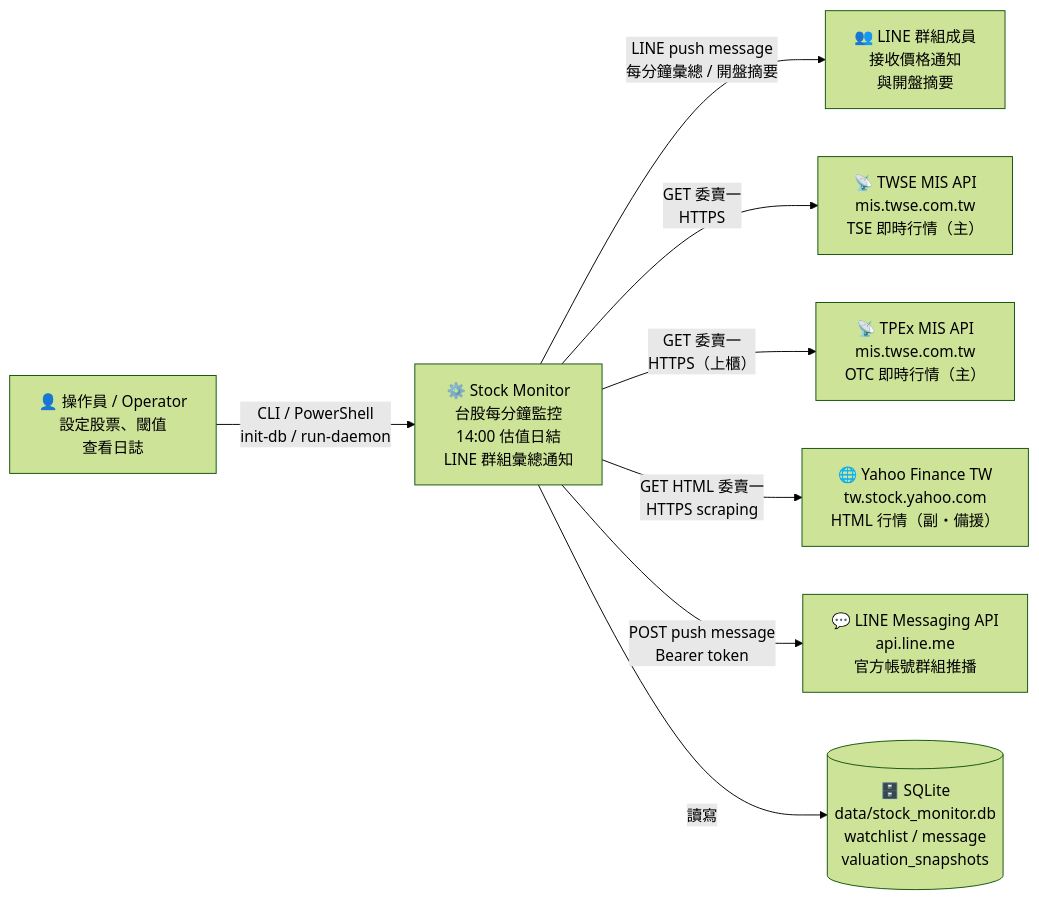
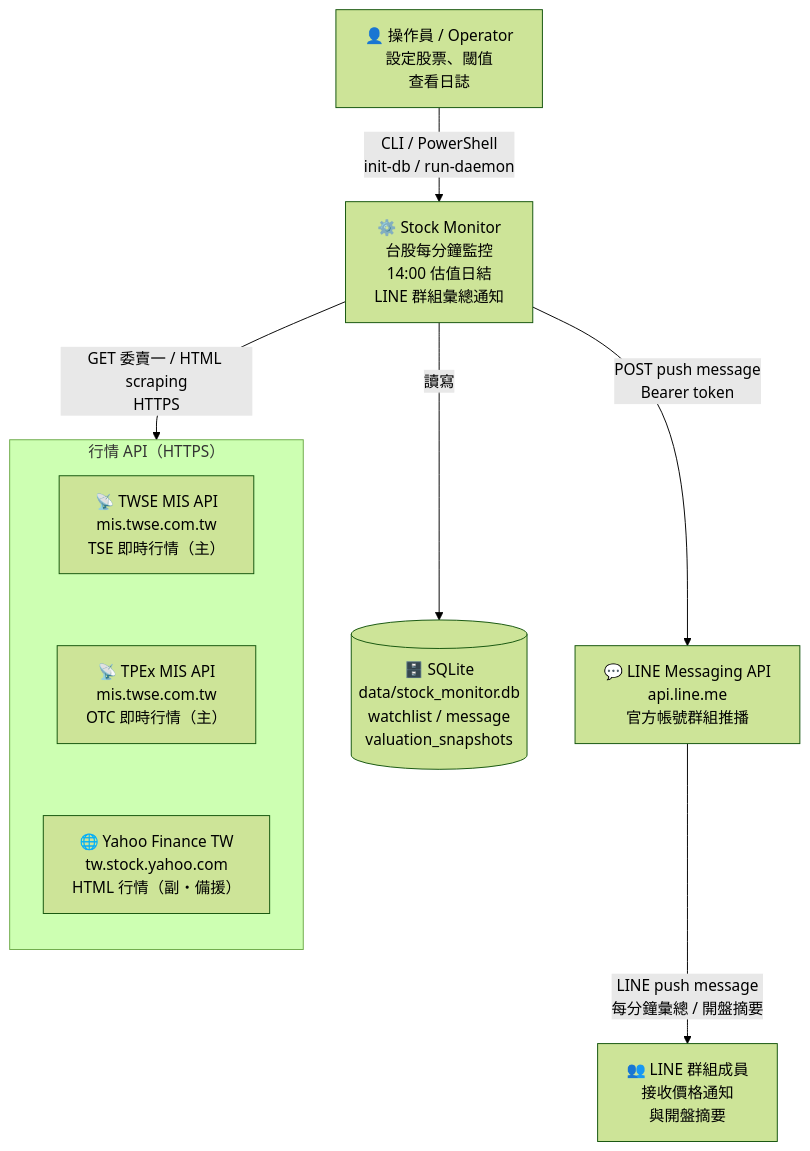
One commit to ibalasite/stock_monitor changed the diagram in docs/architecture/diagrams/01-system-context.md. Above: the diagram before and after it, drawn with Mermaid (forest theme). The commit also changed 5 other files, not shown here.

Commit message:
fix(docs): convert landscape diagrams 01/05/07 to portrait (TD + ~~~ invisible links)

````diff
--- a/docs/architecture/diagrams/01-system-context.md
+++ b/docs/architecture/diagrams/01-system-context.md
@@ -21,25 +21,29 @@
 ```mermaid
-flowchart LR
-    %% ── 左欄：人員 ──────────────────
+flowchart TD
+    %% ── 使用者 ──────────────────────
     OPER["👤 操作員 / Operator\n設定股票、閾值\n查看日誌"]
-    LINE_USER["👥 LINE 群組成員\n接收價格通知\n與開盤摘要"]
 
-    %% ── 中欄：核心系統 ──────────────
+    %% ── 核心系統 ────────────────────
     SYS["⚙️ Stock Monitor\n台股每分鐘監控\n14:00 估值日結\nLINE 群組彙總通知"]
     DB[("🗄️ SQLite\ndata/stock_monitor.db\nwatchlist / message\nvaluation_snapshots")]
 
-    %% ── 右欄：外部 API ───────────────
-    TWSE["📡 TWSE MIS API\nmis.twse.com.tw\nTSE 即時行情（主）"]
-    OTC["📡 TPEx MIS API\nmis.twse.com.tw\nOTC 即時行情（主）"]
-    YAHOO["🌐 Yahoo Finance TW\ntw.stock.yahoo.com\nHTML 行情（副・備援）"]
+    %% ── 行情 API ─────────────────────
+    subgraph MarketAPI["行情 API（HTTPS）"]
+        direction TB
+        TWSE["📡 TWSE MIS API\nmis.twse.com.tw\nTSE 即時行情（主）"]
+        OTC["📡 TPEx MIS API\nmis.twse.com.tw\nOTC 即時行情（主）"]
+        YAHOO["🌐 Yahoo Finance TW\ntw.stock.yahoo.com\nHTML 行情（副・備援）"]
+        TWSE ~~~ OTC ~~~ YAHOO
+    end
+
+    %% ── 通知輸出 ──────────────────────
     LINE_API["💬 LINE Messaging API\napi.line.me\n官方帳號群組推播"]
+    LINE_USER["👥 LINE 群組成員\n接收價格通知\n與開盤摘要"]
 
     %% ── 連線 ────────────────────────
-    OPER  -- "CLI / PowerShell\ninit-db / run-daemon"      --> SYS
-    SYS   -- "LINE push message\n每分鐘彙總 / 開盤摘要"    --> LINE_USER
-    SYS   -- "GET 委賣一\nHTTPS"                           --> TWSE
-    SYS   -- "GET 委賣一\nHTTPS（上櫃）"                  --> OTC
-    SYS   -- "GET HTML 委賣一\nHTTPS scraping"             --> YAHOO
-    SYS   -- "POST push message\nBearer token"             --> LINE_API
-    SYS   -- "讀寫"                                        --> DB
+    OPER  -- "CLI / PowerShell\ninit-db / run-daemon" --> SYS
+    SYS   -- "讀寫" --> DB
+    SYS   -- "GET 委賣一 / HTML scraping\nHTTPS" --> MarketAPI
+    SYS   -- "POST push message\nBearer token" --> LINE_API
+    LINE_API -- "LINE push message\n每分鐘彙總 / 開盤摘要" --> LINE_USER
 ```
````
